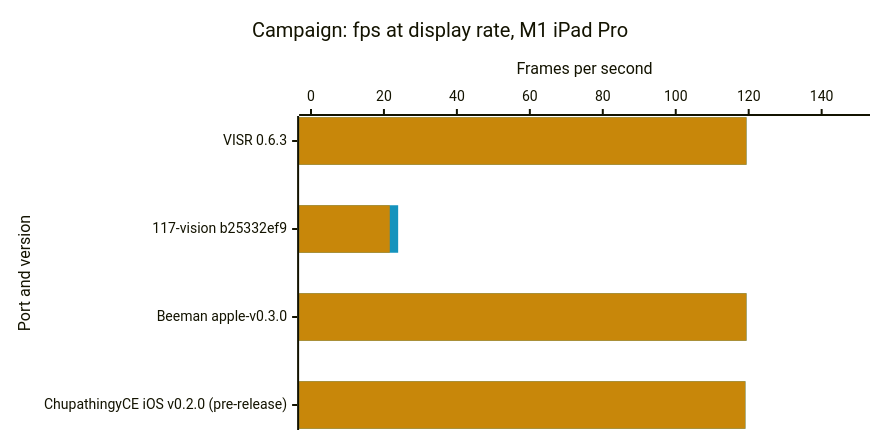
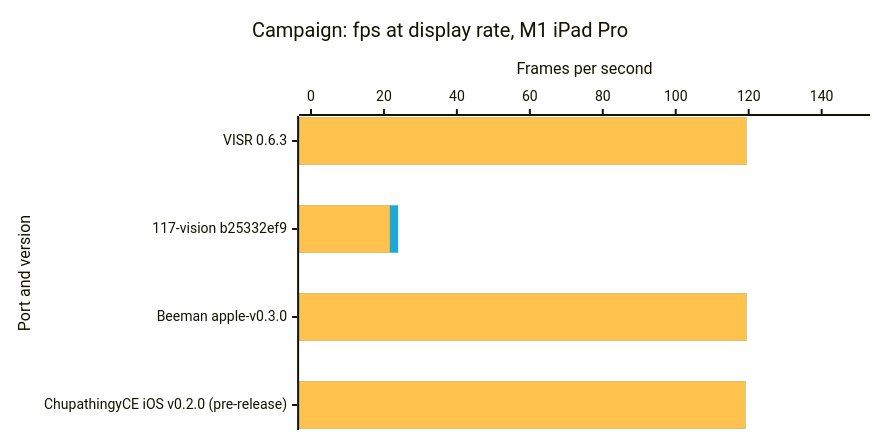
One commit to steverice/visr changed the second of 5 diagrams in docs/benchmarks.md. Above: the diagram before and after it, drawn with Mermaid. The commit also changed other lines of this file and 16 other files, not shown here.

````diff
--- a/docs/benchmarks.md
+++ b/docs/benchmarks.md
@@ -48,17 +48,17 @@
 ```mermaid
 ---
 config:
   xyChart:
     width: 860
     height: 420
   themeVariables:
     xyChart:
-      plotColorPalette: "#1593bd, #c8870a"
+      plotColorPalette: "#1fa9d4, #ffc24d"
 ---
 xychart-beta horizontal
     title "Campaign: fps at display rate, M1 iPad Pro"
     x-axis "Port and version" ["VISR 0.6.3", "117-vision b25332ef9", "Beeman apple-v0.3.0", "ChupathingyCE iOS v0.2.0 (pre-release)"]
     y-axis "Frames per second" 0 --> 150
     bar [119.4, 23.9, 119.4, 119.1]
     bar [119.4, 21.6, 119.4, 119.1]
 ```
````
